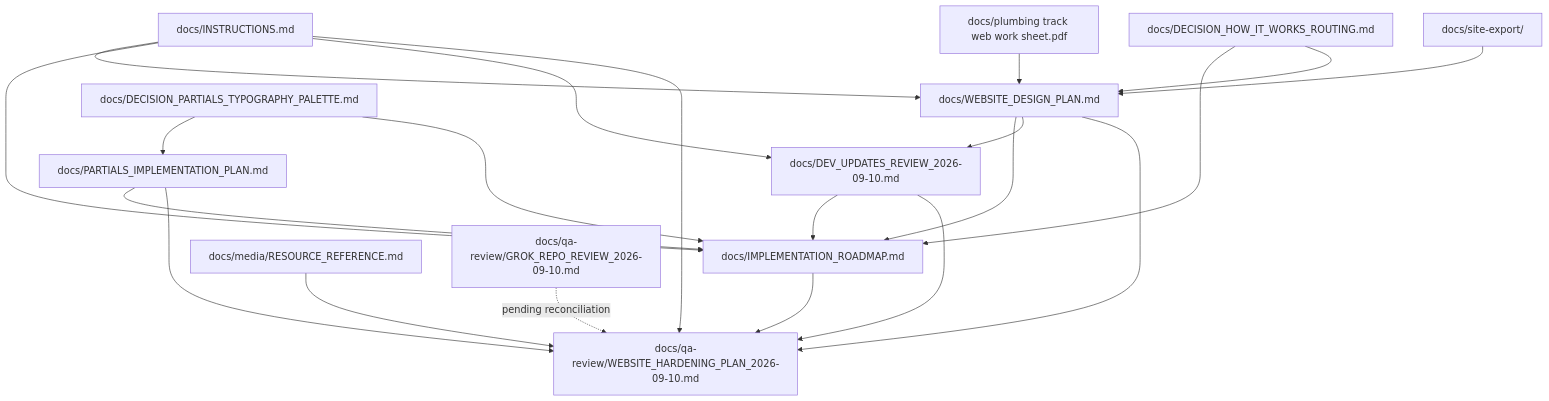
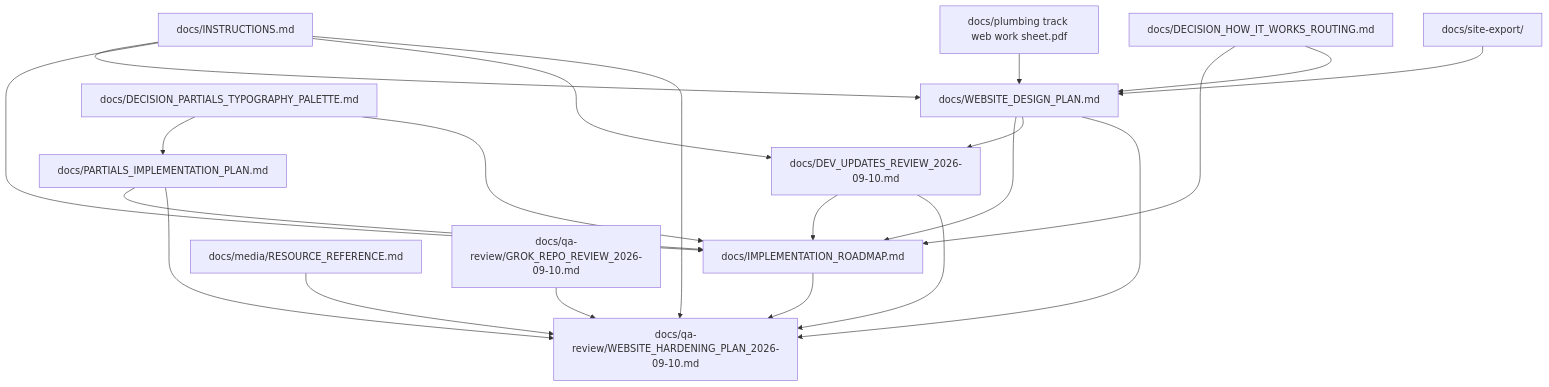
Before and after one commit to seanbman/pt-site-updates: the diagram in docs/INDEX.md, drawn with Mermaid. The commit also changed other lines of this file, not shown here.

````diff
--- a/docs/INDEX.md
+++ b/docs/INDEX.md
@@ -24,36 +24,36 @@
 ```mermaid
 flowchart TD
     I[docs/INSTRUCTIONS.md]
     D[docs/WEBSITE_DESIGN_PLAN.md]
     R[docs/IMPLEMENTATION_ROADMAP.md]
     V[docs/DEV_UPDATES_REVIEW_2026-09-10.md]
     P[docs/PARTIALS_IMPLEMENTATION_PLAN.md]
     PT[docs/DECISION_PARTIALS_TYPOGRAPHY_PALETTE.md]
     H[docs/DECISION_HOW_IT_WORKS_ROUTING.md]
     M[docs/media/RESOURCE_REFERENCE.md]
     G[docs/qa-review/GROK_REPO_REVIEW_2026-09-10.md]
     Q[docs/qa-review/WEBSITE_HARDENING_PLAN_2026-09-10.md]
     W[docs/plumbing track web work sheet.pdf]
     S[docs/site-export/]
 
     I --> D
     D --> R
     I --> R
     D --> V
     I --> V
     V --> R
     PT --> P
     PT --> R
     P --> R
     H --> R
     H --> D
     W --> D
     S --> D
     I --> Q
     R --> Q
     V --> Q
     D --> Q
     P --> Q
     M --> Q
-    G -. pending reconciliation .-> Q
+    G --> Q
 ```
````
